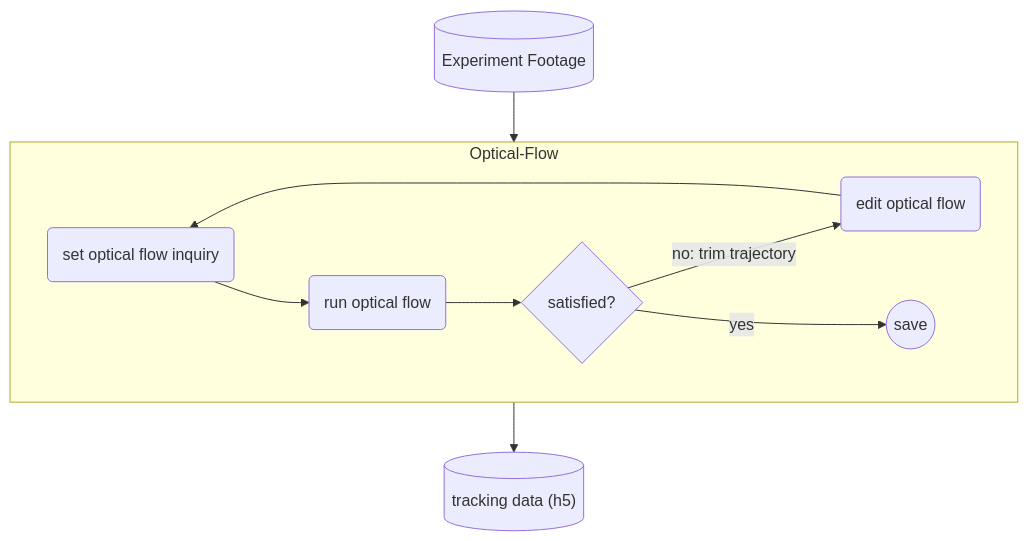
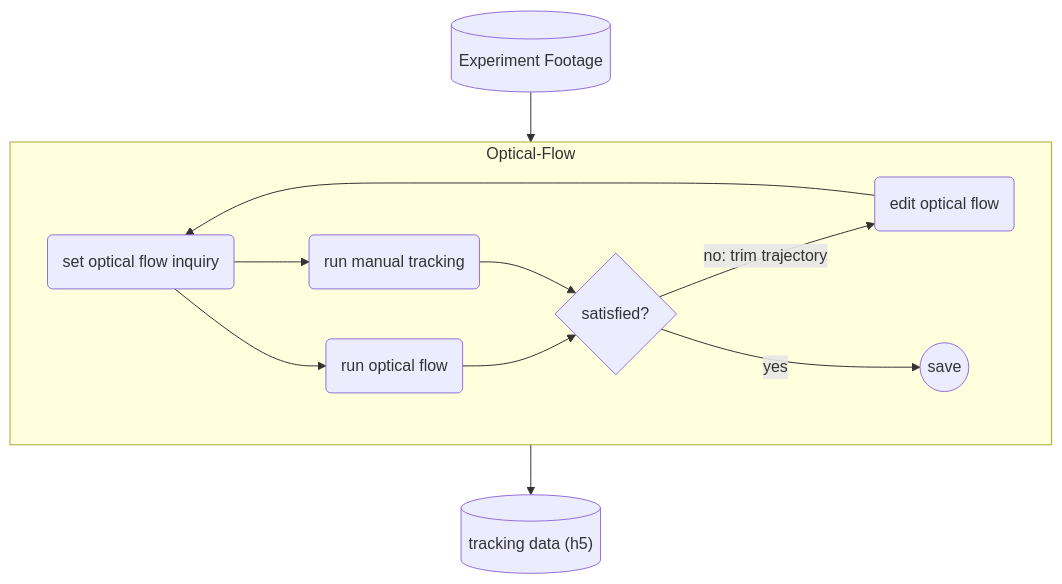
One commit to GazzolaLab/BR2-vision-based-smoothing changed the fifth of 6 diagrams in README.md. Above: the diagram before and after it, drawn with Mermaid. The commit also changed 1 other file, not shown here.

Commit message:
feat: maunal tracking description

````diff
--- a/README.md
+++ b/README.md
@@ -114,15 +114,17 @@
 ```mermaid
 flowchart TD
     collect[("Experiment Footage")]
     T[("tracking data (h5)")]
     subgraph Optical-Flow
         opt1("set optical flow inquiry")
         opt2("run optical flow")
+        opt2m("run manual tracking")
         opt3("edit optical flow")
         
         opt1 --> opt2 --> C{satisfied?}
+        opt1 --> opt2m --> C
         C -->|no: trim trajectory| opt3 --> opt1
         C -->|yes| D(("save"))
     end
     collect --> Optical-Flow --> T
 ```
````
